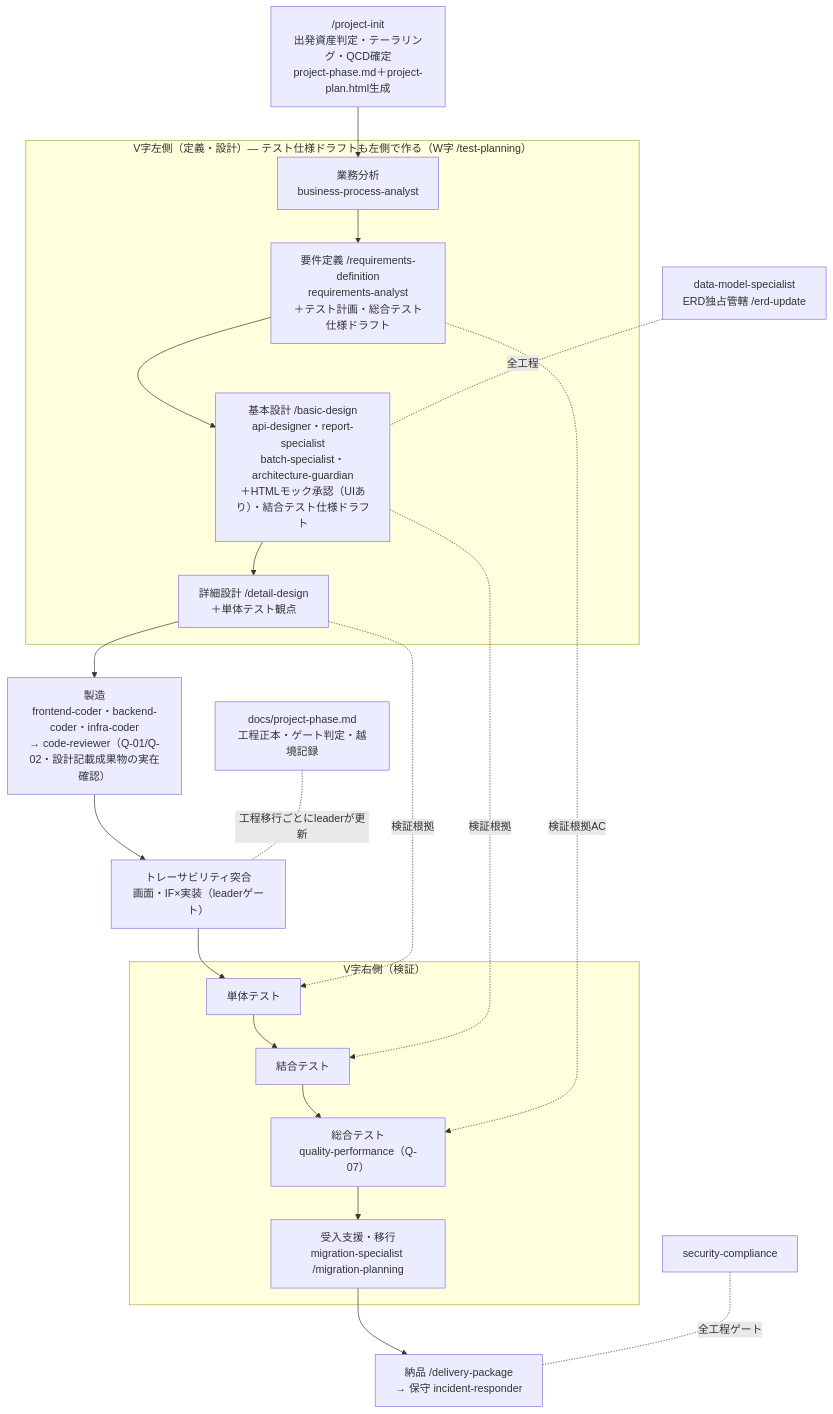
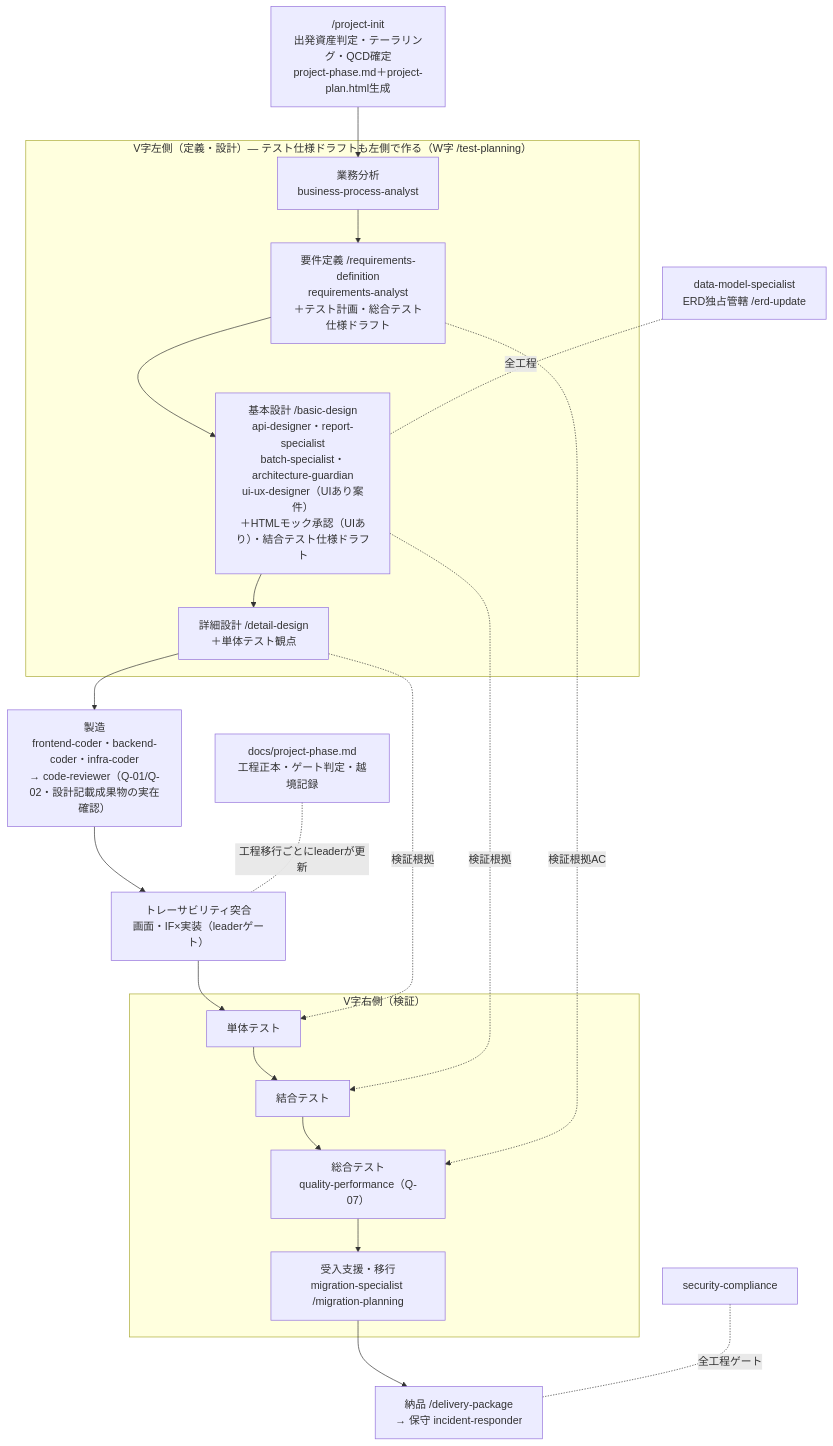
Before and after one commit to CT-masato-hino/claude-code-project-pack: the first of 4 diagrams in docs/flow-map.md, drawn with Mermaid. The commit also changed 9 other files, not shown here.

````diff
--- a/docs/flow-map.md
+++ b/docs/flow-map.md
@@ -7,29 +7,29 @@
 ```mermaid
 flowchart TD
     INIT["/project-init<br/>出発資産判定・テーラリング・QCD確定<br/>project-phase.md＋project-plan.html生成"] --> BPA
 
     subgraph LEFT["V字左側（定義・設計）— テスト仕様ドラフトも左側で作る（W字 /test-planning）"]
         BPA["業務分析<br/>business-process-analyst"] --> REQ["要件定義 /requirements-definition<br/>requirements-analyst<br/>＋テスト計画・総合テスト仕様ドラフト"]
-        REQ --> BD["基本設計 /basic-design<br/>api-designer・report-specialist<br/>batch-specialist・architecture-guardian<br/>＋HTMLモック承認（UIあり）・結合テスト仕様ドラフト"]
+        REQ --> BD["基本設計 /basic-design<br/>api-designer・report-specialist<br/>batch-specialist・architecture-guardian<br/>ui-ux-designer（UIあり案件）<br/>＋HTMLモック承認（UIあり）・結合テスト仕様ドラフト"]
         BD --> DD["詳細設計 /detail-design<br/>＋単体テスト観点"]
     end
 
     DD --> IMP["製造<br/>frontend-coder・backend-coder・infra-coder<br/>→ code-reviewer（Q-01/Q-02・設計記載成果物の実在確認）"]
 
     subgraph RIGHT["V字右側（検証）"]
         UT["単体テスト"] --> IT["結合テスト"]
         IT --> ST["総合テスト<br/>quality-performance（Q-07）"]
         ST --> UAT["受入支援・移行<br/>migration-specialist /migration-planning"]
     end
 
     IMP --> TRC["トレーサビリティ突合<br/>画面・IF×実装（leaderゲート）"] --> UT
     UAT --> DEL["納品 /delivery-package<br/>→ 保守 incident-responder"]
 
     DD -.検証根拠.-> UT
     BD -.検証根拠.-> IT
     REQ -.検証根拠AC.-> ST
 
     ERD["data-model-specialist<br/>ERD独占管轄 /erd-update"] -.全工程.- BD
     SEC["security-compliance"] -.全工程ゲート.- DEL
     PH["docs/project-phase.md<br/>工程正本・ゲート判定・越境記録"] -.工程移行ごとにleaderが更新.- TRC
 ```
````
